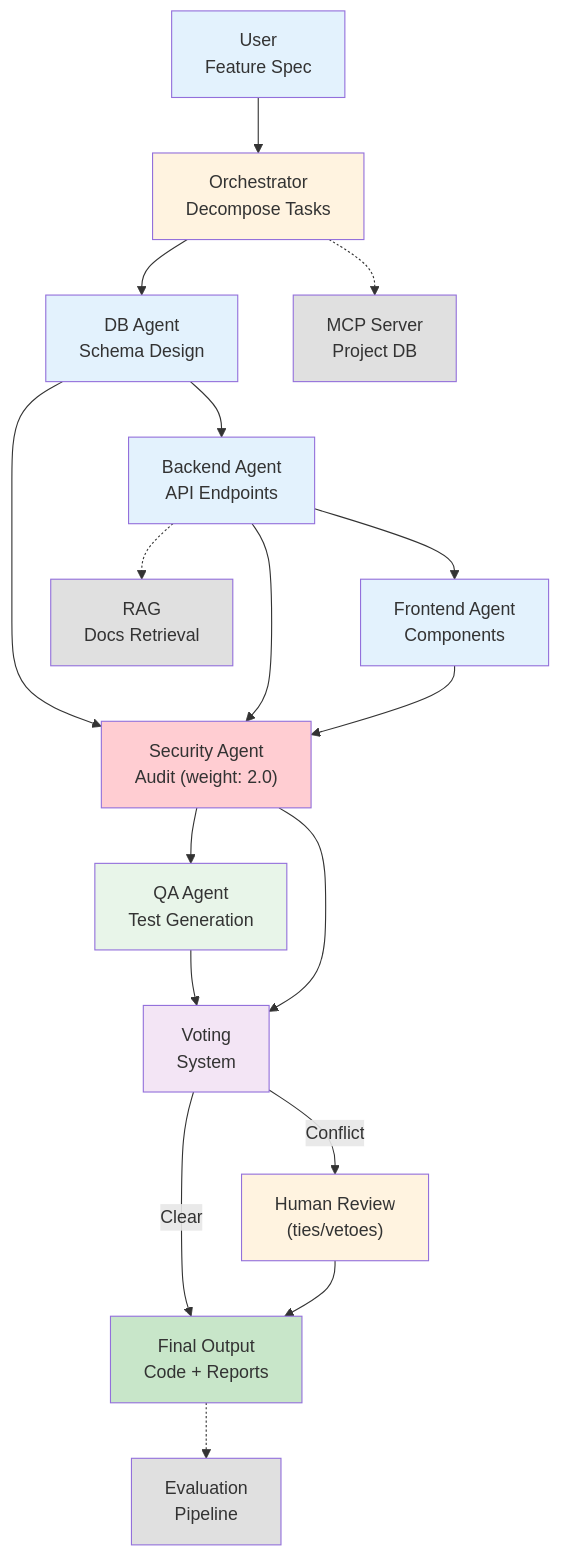
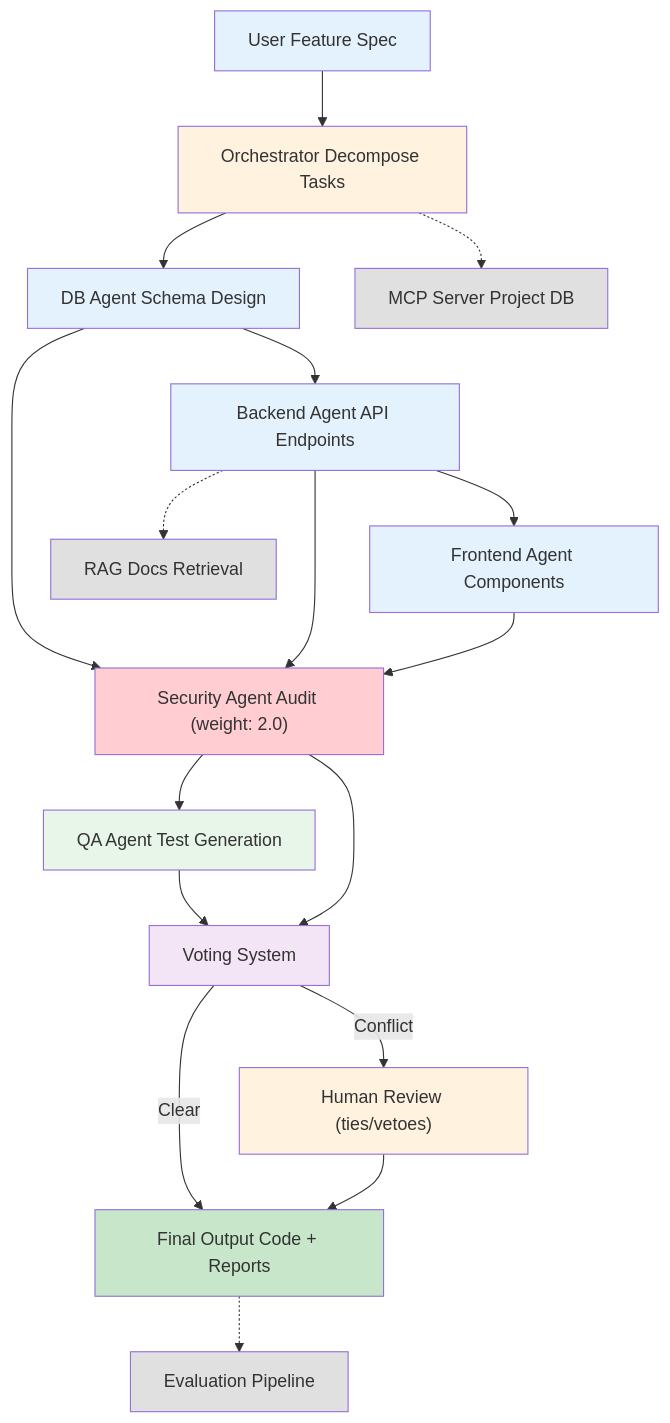
The ninth of 9 diagrams in ARCHITECTURE_DIAGRAMS.md (arctyra-ai/agentic-samples), drawn with Mermaid before and after one commit. The commit also changed other lines of this file, not shown here.

Commit message:
Update architecture diagrams formatting

````diff
--- a/ARCHITECTURE_DIAGRAMS.md
+++ b/ARCHITECTURE_DIAGRAMS.md
@@ -260,48 +260,48 @@
 ```mermaid
 graph TB
-    User["User\nFeature Spec"]
-    Orch["Orchestrator\nDecompose Tasks"]
-    DB["DB Agent\nSchema Design"]
-    BE["Backend Agent\nAPI Endpoints"]
-    FE["Frontend Agent\nComponents"]
-    SEC["Security Agent\nAudit (weight: 2.0)"]
-    QA["QA Agent\nTest Generation"]
-    Vote["Voting\nSystem"]
-    Human["Human Review\n(ties/vetoes)"]
-    Output["Final Output\nCode + Reports"]
-    MCP["MCP Server\nProject DB"]
-    RAG["RAG\nDocs Retrieval"]
-    Eval["Evaluation\nPipeline"]
+    User["User Feature Spec"]
+    Orch["Orchestrator Decompose Tasks"]
+    DB["DB Agent Schema Design"]
+    BE["Backend Agent API Endpoints"]
+    FE["Frontend Agent Components"]
+    SEC["Security Agent Audit (weight: 2.0)"]
+    QA["QA Agent Test Generation"]
+    Vote["Voting System"]
+    Human["Human Review (ties/vetoes)"]
+    Output["Final Output Code + Reports"]
+    MCP["MCP Server Project DB"]
+    RAG["RAG Docs Retrieval"]
+    Eval["Evaluation Pipeline"]
 
     User --> Orch
     Orch --> DB
     DB --> BE
     BE --> FE
     DB --> SEC
     BE --> SEC
     FE --> SEC
     SEC --> QA
     QA --> Vote
     SEC --> Vote
     Vote -->|"Conflict"| Human
     Vote -->|"Clear"| Output
     Human --> Output
 
     Orch -.-> MCP
     BE -.-> RAG
     Output -.-> Eval
 
     style User fill:#e3f2fd
     style Orch fill:#fff3e0
     style DB fill:#e3f2fd
     style BE fill:#e3f2fd
     style FE fill:#e3f2fd
     style SEC fill:#ffcdd2
     style QA fill:#e8f5e9
     style Vote fill:#f3e5f5
     style Human fill:#fff3e0
     style Output fill:#c8e6c9
     style MCP fill:#e0e0e0
     style RAG fill:#e0e0e0
     style Eval fill:#e0e0e0
 ```
````
